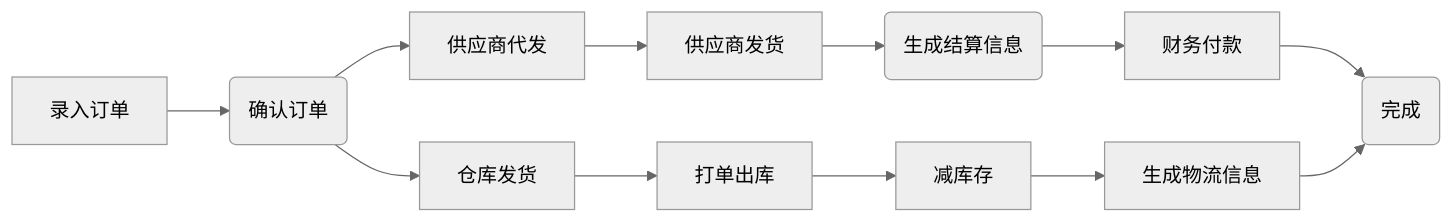
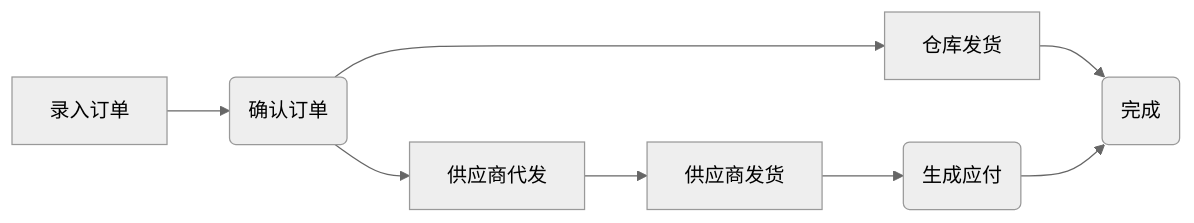
Before and after one commit to zeasin/qihangerp: the second of 3 diagrams in README.md, drawn with Mermaid (neutral theme). The commit also changed other lines of this file, not shown here.

````diff
--- a/README.md
+++ b/README.md
@@ -47,15 +48,12 @@
 ```mermaid
 graph LR
 A[录入订单] -->B(确认订单)
     B --> C[供应商代发]
     B --> D[仓库发货]
     C --> E[供应商发货]
-    E --> F1(生成结算信息)
-    F1 --> F2[财务付款]
-    D --> G1[打单出库]
-    G1 --> G3[减库存]
-    G3 --> G2[生成物流信息]
-    F2 --> H(完成)
-    G2 --> H
+    E --> F1(生成应付)
+    D --> H
+    F1 --> H(完成)
+
 
 ```
````
